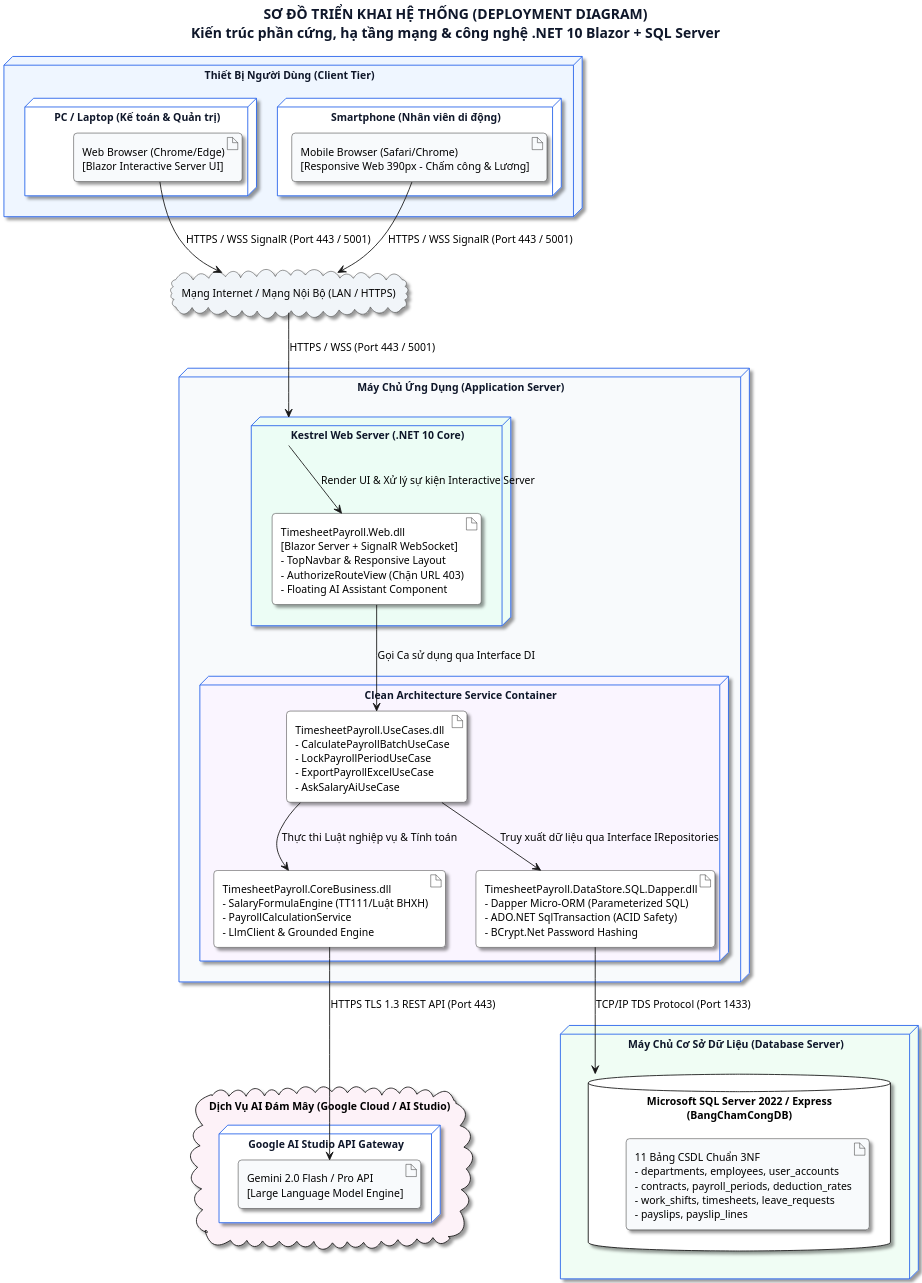
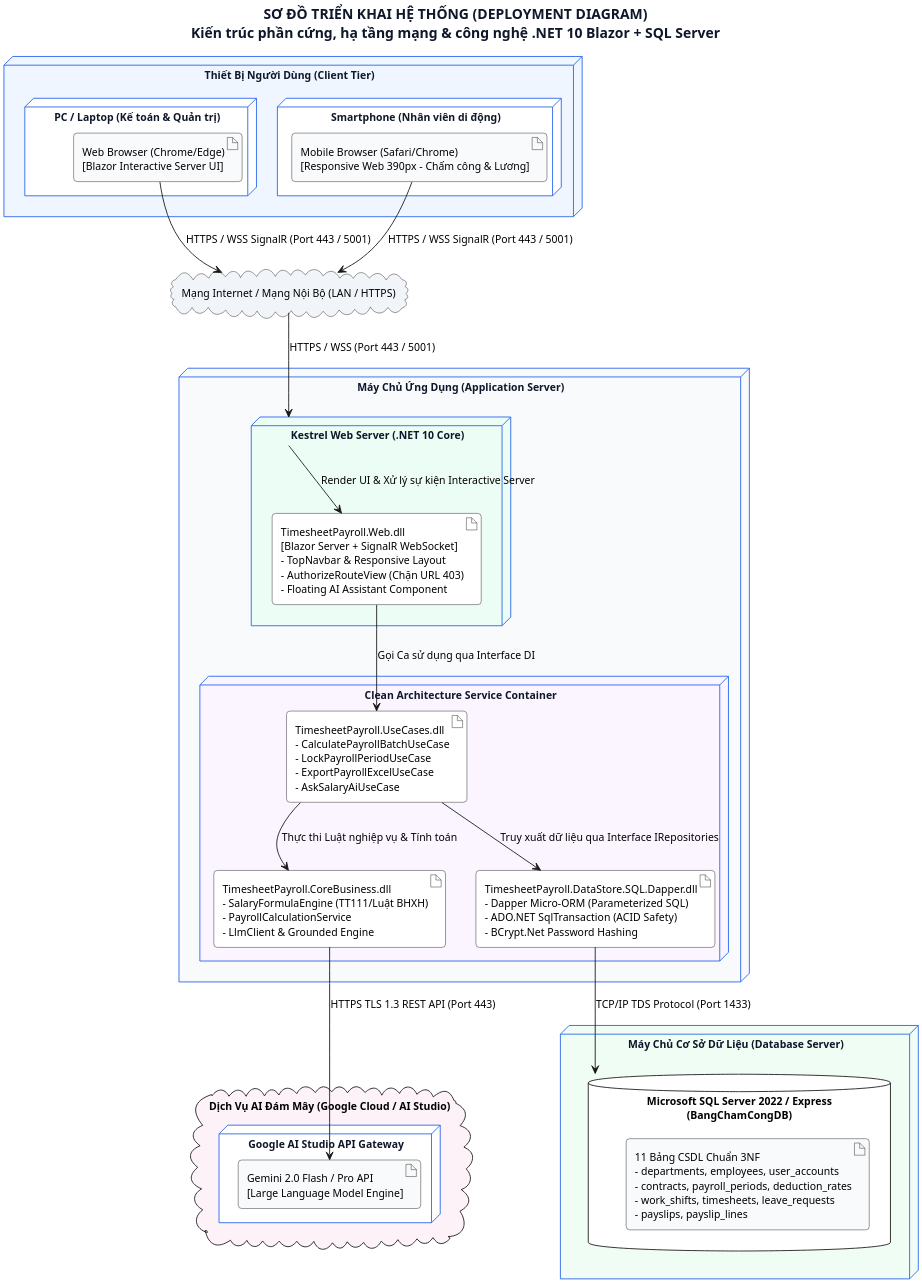
Before and after one commit to ManhCuong-Code/TimesheetPayroll: the diagram in uml/13_deployment_diagram.puml, drawn with PlantUML. The commit also changed other lines of this file and 65 other files, not shown here.

```diff
--- a/uml/13_deployment_diagram.puml
+++ b/uml/13_deployment_diagram.puml
@@ -1,75 +1,75 @@
 @startuml 13_deployment_diagram
 skinparam dpi 220
 skinparam backgroundColor #FFFFFF
 skinparam defaultFontName "Segoe UI"
 skinparam defaultFontSize 12
 skinparam roundCorner 8
-skinparam shadowing true
+skinparam shadowing false
 
 skinparam titleFontName "Segoe UI"
 skinparam titleFontSize 16
 skinparam titleFontStyle bold
 skinparam titleFontColor #0F172A
 
 skinparam node {
     BackgroundColor #FFFFFF
     BorderColor #2563EB
     FontColor #0F172A
     FontSize 12
     ArrowColor #2563EB
     ArrowThickness 1.2
 }
 
 title **SƠ ĐỒ TRIỂN KHAI HỆ THỐNG (DEPLOYMENT DIAGRAM)**\nKiến trúc phần cứng, hạ tầng mạng & công nghệ .NET 10 Blazor + SQL Server
 
 node "Thiết Bị Người Dùng (Client Tier)" #EFF6FF {
     node "PC / Laptop (Kế toán & Quản trị)" as PC #FFFFFF {
         artifact "Web Browser (Chrome/Edge)\n[Blazor Interactive Server UI]" as PC_Browser #F8FAFC
     }
     node "Smartphone (Nhân viên di động)" as Mobile #FFFFFF {
         artifact "Mobile Browser (Safari/Chrome)\n[Responsive Web 390px - Chấm công & Lương]" as Mobile_Browser #F8FAFC
     }
 }
 
 cloud "Mạng Internet / Mạng Nội Bộ (LAN / HTTPS)" as Net #F1F5F9
 
 node "Máy Chủ Ứng Dụng (Application Server)" as AppServer #F8FAFC {
     node "Kestrel Web Server (.NET 10 Core)" as Kestrel #ECFDF5 {
         artifact "TimesheetPayroll.Web.dll\n[Blazor Server + SignalR WebSocket]\n- TopNavbar & Responsive Layout\n- AuthorizeRouteView (Chặn URL 403)\n- Floating AI Assistant Component" as WebApp #FFFFFF
     }
 
     node "Clean Architecture Service Container" as DotNetCore #FAF5FF {
         artifact "TimesheetPayroll.UseCases.dll\n- CalculatePayrollBatchUseCase\n- LockPayrollPeriodUseCase\n- ExportPayrollExcelUseCase\n- AskSalaryAiUseCase" as UseCases #FFFFFF
 
         artifact "TimesheetPayroll.CoreBusiness.dll\n- SalaryFormulaEngine (TT111/Luật BHXH)\n- PayrollCalculationService\n- LlmClient & Grounded Engine" as CoreBus #FFFFFF
 
         artifact "TimesheetPayroll.DataStore.SQL.Dapper.dll\n- Dapper Micro-ORM (Parameterized SQL)\n- ADO.NET SqlTransaction (ACID Safety)\n- BCrypt.Net Password Hashing" as DapperPlugin #FFFFFF
     }
 }
 
 node "Máy Chủ Cơ Sở Dữ Liệu (Database Server)" as DBServer #F0FDF4 {
     database "Microsoft SQL Server 2022 / Express\n(BangChamCongDB)" as RDBMS #FFFFFF {
         artifact "11 Bảng CSDL Chuẩn 3NF\n- departments, employees, user_accounts\n- contracts, payroll_periods, deduction_rates\n- work_shifts, timesheets, leave_requests\n- payslips, payslip_lines" as Schema #F8FAFC
     }
 }
 
 cloud "Dịch Vụ AI Đám Mây (Google Cloud / AI Studio)" as CloudAI #FDF2F8 {
     node "Google AI Studio API Gateway" as AICloudNode #FFFFFF {
         artifact "Gemini 2.0 Flash / Pro API\n[Large Language Model Engine]" as LLM_API #F8FAFC
     }
 }
 
 ' Kết nối mạng
 PC_Browser --> Net : HTTPS / WSS SignalR (Port 443 / 5001)
 Mobile_Browser --> Net : HTTPS / WSS SignalR (Port 443 / 5001)
 
 Net --> Kestrel : HTTPS / WSS (Port 443 / 5001)
 Kestrel --> WebApp : Render UI & Xử lý sự kiện Interactive Server
 WebApp --> UseCases : Gọi Ca sử dụng qua Interface DI
 UseCases --> CoreBus : Thực thi Luật nghiệp vụ & Tính toán
 UseCases --> DapperPlugin : Truy xuất dữ liệu qua Interface IRepositories
 
 DapperPlugin --> RDBMS : TCP/IP TDS Protocol (Port 1433)
 CoreBus --> LLM_API : HTTPS TLS 1.3 REST API (Port 443)
 
 @enduml
```
